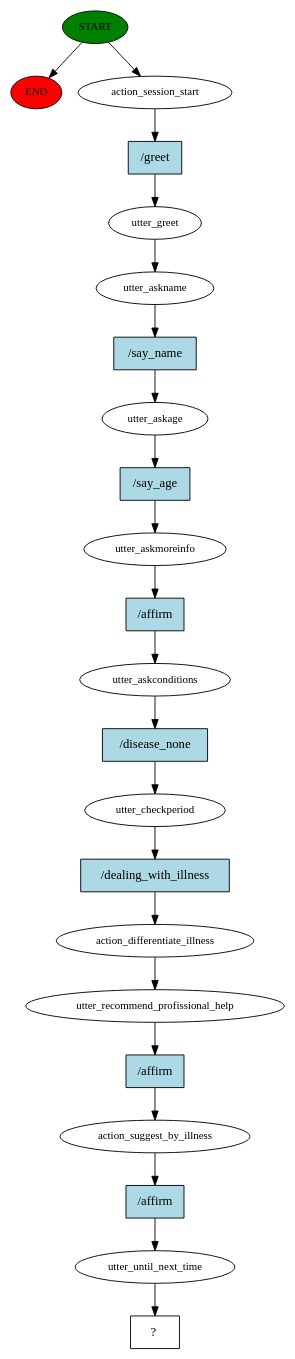
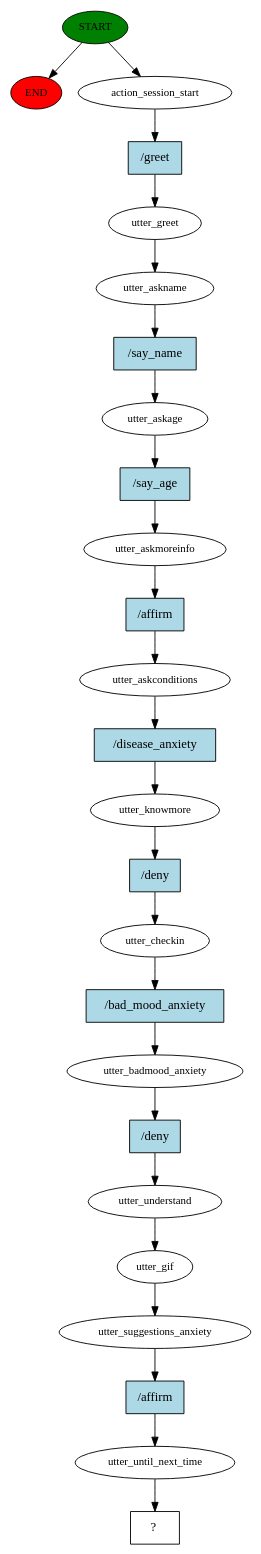
The diagram in chatbot/story_graph.dot (josemmsantos14/-ambinteligentes_tp2), drawn with Graphviz before and after one commit. The commit also changed 303 other files, not shown here.

```diff
--- a/chatbot/story_graph.dot
+++ b/chatbot/story_graph.dot
@@ -1,45 +1,51 @@
 digraph  {
 0 [class="start active", fillcolor=green, fontsize=12, label=START, style=filled];
 "-1" [class=end, fillcolor=red, fontsize=12, label=END, style=filled];
 1 [class=active, fontsize=12, label=action_session_start];
 2 [class=active, fontsize=12, label=utter_greet];
 3 [class=active, fontsize=12, label=utter_askname];
 4 [class=active, fontsize=12, label=utter_askage];
 5 [class=active, fontsize=12, label=utter_askmoreinfo];
 6 [class=active, fontsize=12, label=utter_askconditions];
-7 [class=active, fontsize=12, label=utter_checkperiod];
-8 [class=active, fontsize=12, label=action_differentiate_illness];
-9 [class=active, fontsize=12, label=utter_recommend_profissional_help];
-10 [class=active, fontsize=12, label=action_suggest_by_illness];
-11 [class=active, fontsize=12, label=utter_until_next_time];
-12 [class="intent dashed active", label="  ?  ", shape=rect];
-13 [class="intent active", fillcolor=lightblue, label="/greet", shape=rect, style=filled];
-14 [class="intent active", fillcolor=lightblue, label="/say_name", shape=rect, style=filled];
-15 [class="intent active", fillcolor=lightblue, label="/say_age", shape=rect, style=filled];
-16 [class="intent active", fillcolor=lightblue, label="/affirm", shape=rect, style=filled];
-17 [class="intent active", fillcolor=lightblue, label="/disease_none", shape=rect, style=filled];
-18 [class="intent active", fillcolor=lightblue, label="/dealing_with_illness", shape=rect, style=filled];
-19 [class="intent active", fillcolor=lightblue, label="/affirm", shape=rect, style=filled];
-20 [class="intent active", fillcolor=lightblue, label="/affirm", shape=rect, style=filled];
+7 [class=active, fontsize=12, label=utter_knowmore];
+8 [class=active, fontsize=12, label=utter_checkin];
+9 [class=active, fontsize=12, label=utter_badmood_anxiety];
+10 [class=active, fontsize=12, label=utter_understand];
+11 [class=active, fontsize=12, label=utter_gif];
+12 [class=active, fontsize=12, label=utter_suggestions_anxiety];
+13 [class=active, fontsize=12, label=utter_until_next_time];
+14 [class="intent dashed active", label="  ?  ", shape=rect];
+15 [class="intent active", fillcolor=lightblue, label="/greet", shape=rect, style=filled];
+16 [class="intent active", fillcolor=lightblue, label="/say_name", shape=rect, style=filled];
+17 [class="intent active", fillcolor=lightblue, label="/say_age", shape=rect, style=filled];
+18 [class="intent active", fillcolor=lightblue, label="/affirm", shape=rect, style=filled];
+19 [class="intent active", fillcolor=lightblue, label="/disease_anxiety", shape=rect, style=filled];
+20 [class="intent active", fillcolor=lightblue, label="/deny", shape=rect, style=filled];
+21 [class="intent active", fillcolor=lightblue, label="/bad_mood_anxiety", shape=rect, style=filled];
+22 [class="intent active", fillcolor=lightblue, label="/deny", shape=rect, style=filled];
+23 [class="intent active", fillcolor=lightblue, label="/affirm", shape=rect, style=filled];
 0 -> "-1"  [class="", key=NONE, label=""];
 0 -> 1  [class=active, key=NONE, label=""];
-1 -> 13  [class=active, key=0];
+1 -> 15  [class=active, key=0];
 2 -> 3  [class=active, key=NONE, label=""];
-3 -> 14  [class=active, key=0];
-4 -> 15  [class=active, key=0];
-5 -> 16  [class=active, key=0];
-6 -> 17  [class=active, key=0];
-7 -> 18  [class=active, key=0];
-8 -> 9  [class=active, key=NONE, label=""];
-9 -> 19  [class=active, key=0];
-10 -> 20  [class=active, key=0];
+3 -> 16  [class=active, key=0];
+4 -> 17  [class=active, key=0];
+5 -> 18  [class=active, key=0];
+6 -> 19  [class=active, key=0];
+7 -> 20  [class=active, key=0];
+8 -> 21  [class=active, key=0];
+9 -> 22  [class=active, key=0];
+10 -> 11  [class=active, key=NONE, label=""];
 11 -> 12  [class=active, key=NONE, label=""];
-13 -> 2  [class=active, key=0];
-14 -> 4  [class=active, key=0];
-15 -> 5  [class=active, key=0];
-16 -> 6  [class=active, key=0];
-17 -> 7  [class=active, key=0];
-18 -> 8  [class=active, key=0];
-19 -> 10  [class=active, key=0];
-20 -> 11  [class=active, key=0];
+12 -> 23  [class=active, key=0];
+13 -> 14  [class=active, key=NONE, label=""];
+15 -> 2  [class=active, key=0];
+16 -> 4  [class=active, key=0];
+17 -> 5  [class=active, key=0];
+18 -> 6  [class=active, key=0];
+19 -> 7  [class=active, key=0];
+20 -> 8  [class=active, key=0];
+21 -> 9  [class=active, key=0];
+22 -> 10  [class=active, key=0];
+23 -> 13  [class=active, key=0];
 }
```
